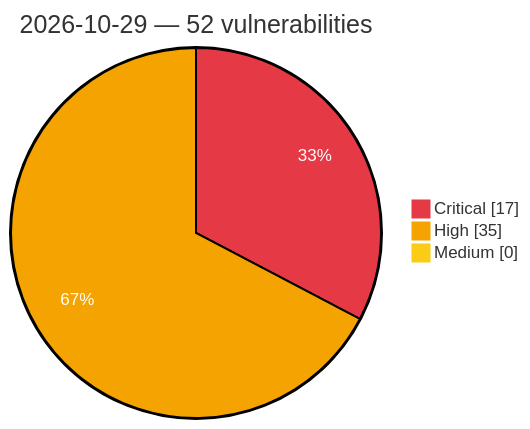
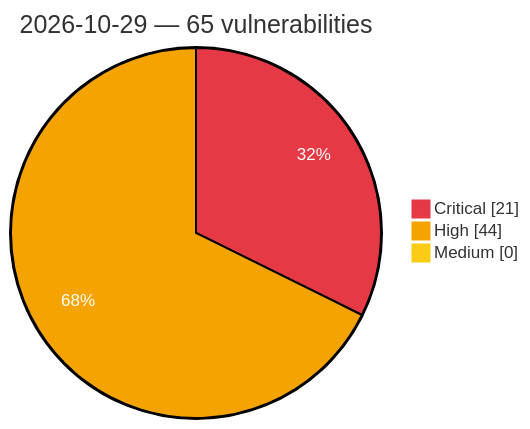
One commit to GhostX0X/vuln-tracker changed the diagram in vulnerabilities/2026/October/2026-10-29.md. Above: the diagram before and after it, drawn with Mermaid. The commit also changed other lines of this file and 5 other files, not shown here.

Commit message:
Auto update: critical/high vulns (2026-10-30 01:13 UTC)

````diff
--- a/vulnerabilities/2026/October/2026-10-29.md
+++ b/vulnerabilities/2026/October/2026-10-29.md
@@ -3,8 +3,8 @@
 ```mermaid
 %%{init: {'theme':'base', 'themeVariables': {'pie1':'#e63946', 'pie2':'#f4a300', 'pie3':'#facc15', 'pieOpacity':'1', 'pieOuterStrokeWidth':'2px', 'pieSectionTextColor':'#ffffff'}}}%%
 pie showData
-    title 2026-10-29 — 52 vulnerabilities
-    "Critical" : 17
-    "High" : 35
+    title 2026-10-29 — 65 vulnerabilities
+    "Critical" : 21
+    "High" : 44
     "Medium" : 0
 ```
````
